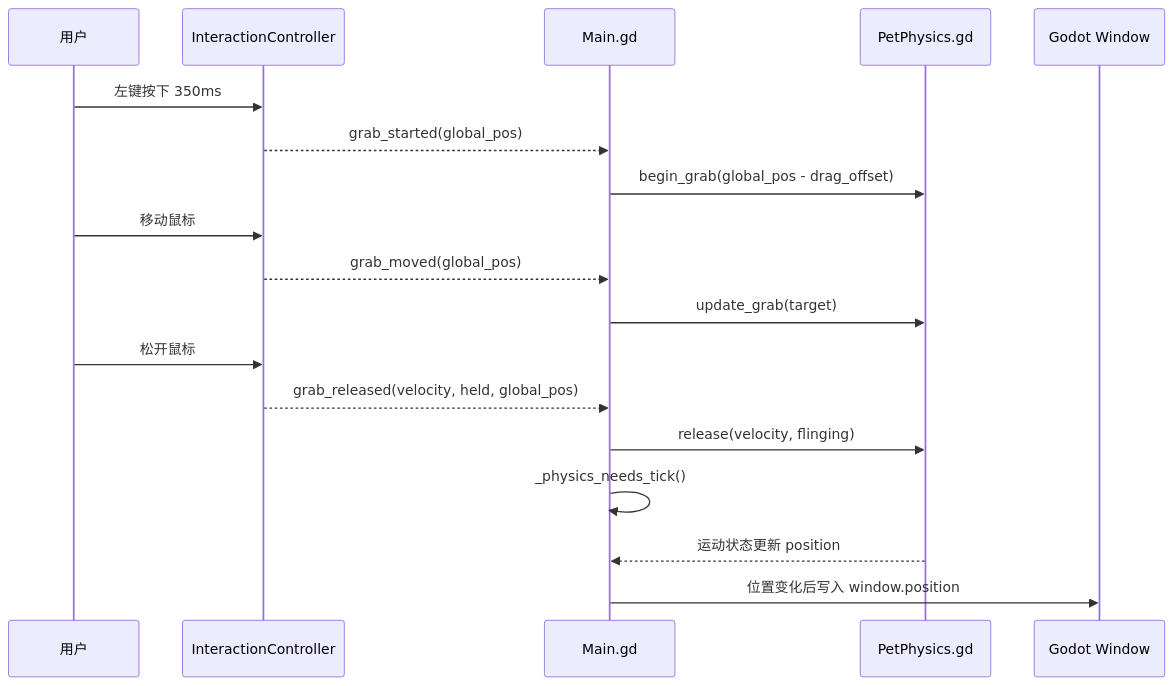
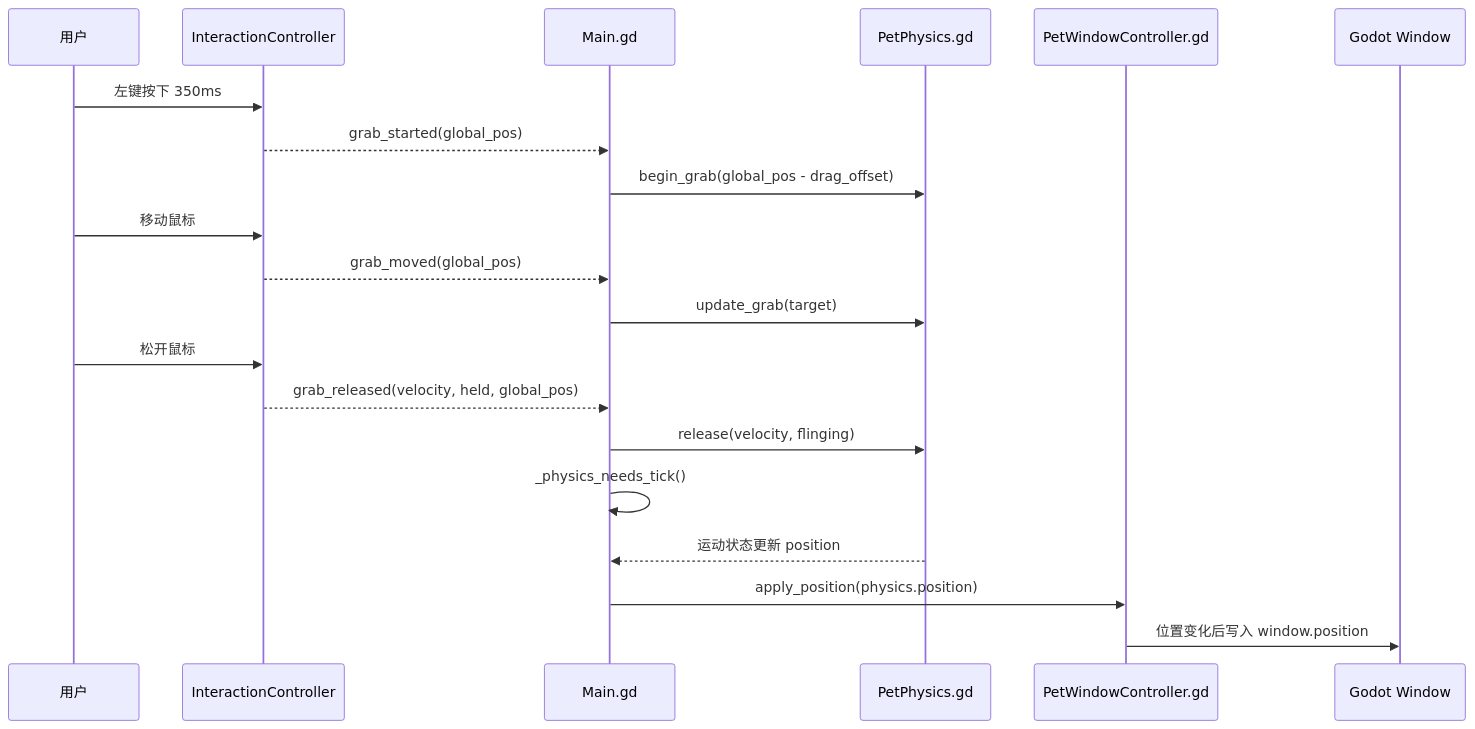
The second of 3 diagrams in docs/architecture/data-flow.md (MzKyle/MascotMate), drawn with Mermaid before and after one commit. The commit also changed other lines of this file and 8 other files, not shown here.

Commit message:
refactor: centralize pet window ownership

````diff
--- a/docs/architecture/data-flow.md
+++ b/docs/architecture/data-flow.md
@@ -28,21 +28,23 @@
 ```mermaid
 sequenceDiagram
   participant User as 用户
   participant Input as InteractionController
   participant Main as Main.gd
   participant Physics as PetPhysics.gd
+  participant WindowController as PetWindowController.gd
   participant Window as Godot Window
 
   User->>Input: 左键按下 350ms
   Input-->>Main: grab_started(global_pos)
   Main->>Physics: begin_grab(global_pos - drag_offset)
   User->>Input: 移动鼠标
   Input-->>Main: grab_moved(global_pos)
   Main->>Physics: update_grab(target)
   User->>Input: 松开鼠标
   Input-->>Main: grab_released(velocity, held, global_pos)
   Main->>Physics: release(velocity, flinging)
   Main->>Main: _physics_needs_tick()
   Physics-->>Main: 运动状态更新 position
-  Main->>Window: 位置变化后写入 window.position
+  Main->>WindowController: apply_position(physics.position)
+  WindowController->>Window: 位置变化后写入 window.position
 ```
````
